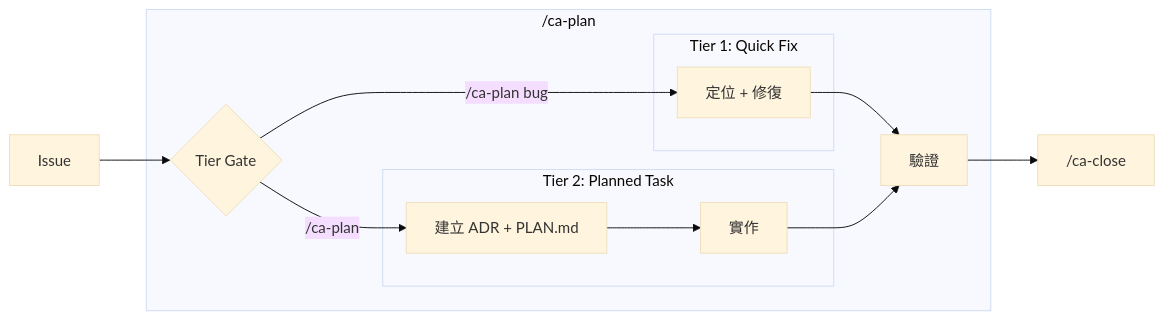
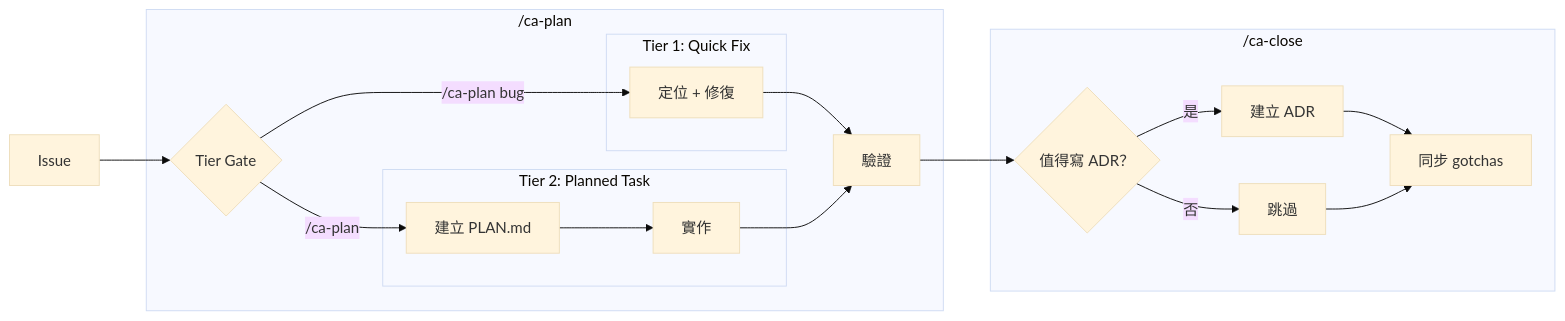
Before and after one commit to FreddyCro/carto-agent: the second of 3 diagrams in README.md, drawn with Mermaid (base theme). The commit also changed other lines of this file and 3 other files, not shown here.

Commit message:
chore: updated workflow documentation for `/ca-close` and `/ca-plan`

````diff
--- a/README.md
+++ b/README.md
@@ -126,26 +125,33 @@
 ```mermaid
 flowchart LR
     Issue["Issue"]
 
     subgraph CaPlan["/ca-plan"]
         Gate{"Tier Gate"}
 
         subgraph Tier1["Tier 1: Quick Fix"]
             Fix1["定位 + 修復"]
         end
 
         subgraph Tier2["Tier 2: Planned Task"]
-            ADR2["建立 ADR + PLAN.md"]
+            Plan2["建立 PLAN.md"]
             Impl["實作"]
         end
 
         Verify["驗證"]
     end
 
-    Close["/ca-close"]
+    subgraph CaClose["/ca-close"]
+        AskADR{"值得寫 ADR？"}
+        ADR["建立 ADR"]
+        Skip["跳過"]
+        Gotchas["同步 gotchas"]
+    end
 
     Issue --> Gate
     Gate -->|"/ca-plan bug"| Fix1 --> Verify
-    Gate -->|"/ca-plan"| ADR2 --> Impl --> Verify
-    Verify --> Close
+    Gate -->|"/ca-plan"| Plan2 --> Impl --> Verify
+    Verify --> AskADR
+    AskADR -->|是| ADR --> Gotchas
+    AskADR -->|否| Skip --> Gotchas
 ```
````
